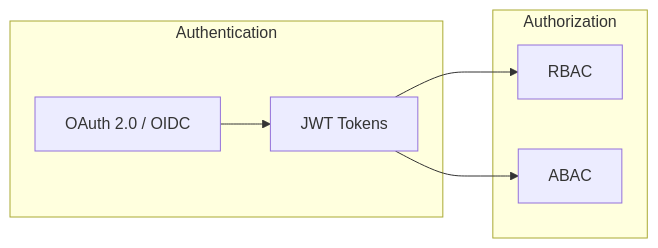
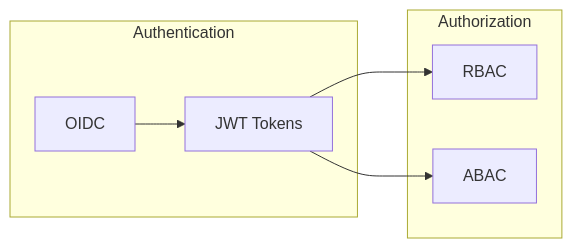
Before and after one commit to otuskotlin/202602-ok-marketplace: the seventh of 10 diagrams in docs/architecture/tech-stack.md, drawn with Mermaid. The commit also changed other lines of this file and 4 other files, not shown here.

````diff
--- a/docs/architecture/tech-stack.md
+++ b/docs/architecture/tech-stack.md
@@ -135,16 +156,16 @@
 ```mermaid
 graph LR
     subgraph "Authentication"
-        OAuth["OAuth 2.0 / OIDC"]
+        OAuth["OIDC"]
         JWT["JWT Tokens"]
     end
     
     subgraph "Authorization"
         RBAC["RBAC"]
         ABAC["ABAC"]
     end
     
     OAuth --> JWT
     JWT --> RBAC
     JWT --> ABAC
 ```
````
